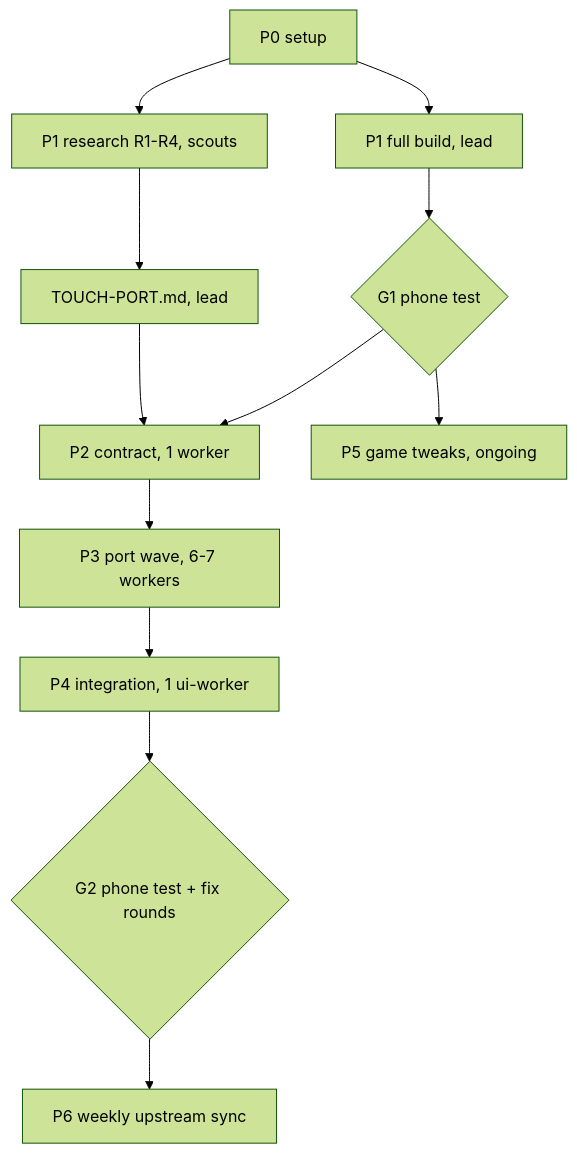
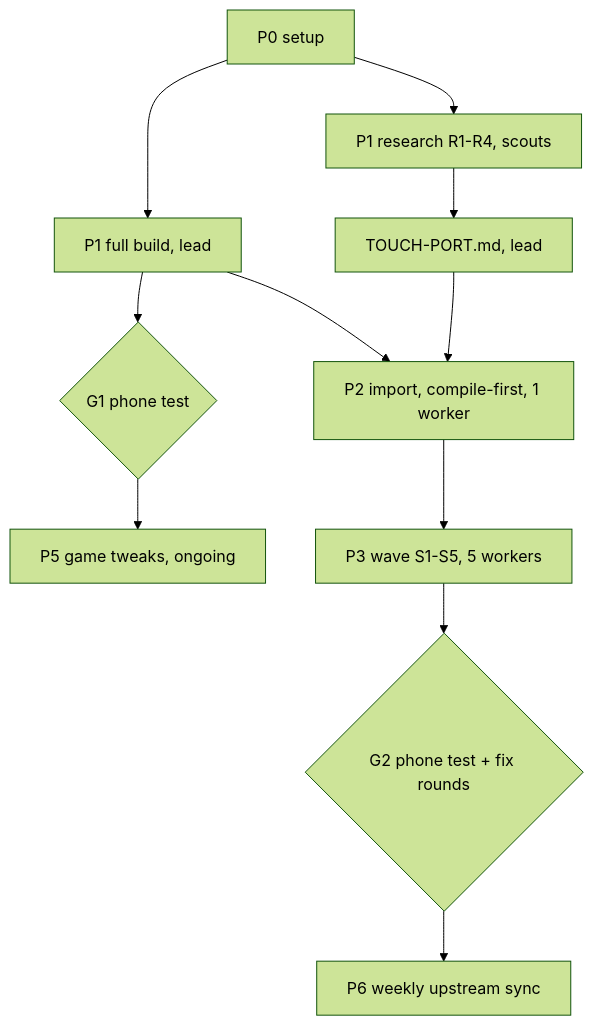
The diagram in docs/fork/PLAN.md (FilipJur/Madeira), drawn with Mermaid (forest theme) before and after one commit. The commit also changed other lines of this file and 1 other file, not shown here.

Commit message:
fork: record D4, update plan to compile-first port

````diff
--- a/docs/fork/PLAN.md
+++ b/docs/fork/PLAN.md
@@ -40,14 +41,13 @@
 ```mermaid
 flowchart TD
   P0[P0 setup] --> P1[P1 full build, lead]
   P0 --> R[P1 research R1-R4, scouts]
   P1 --> G1{G1 phone test}
   R --> D[TOUCH-PORT.md, lead]
-  G1 --> P2[P2 contract, 1 worker]
+  P1 --> P2[P2 import, compile-first, 1 worker]
   D --> P2
-  P2 --> P3[P3 port wave, 6-7 workers]
-  P3 --> P4[P4 integration, 1 ui-worker]
-  P4 --> G2{G2 phone test + fix rounds}
+  P2 --> P3[P3 wave S1-S5, 5 workers]
+  P3 --> G2{G2 phone test + fix rounds}
   G1 --> P5[P5 game tweaks, ongoing]
   G2 --> P6[P6 weekly upstream sync]
 ```
````
